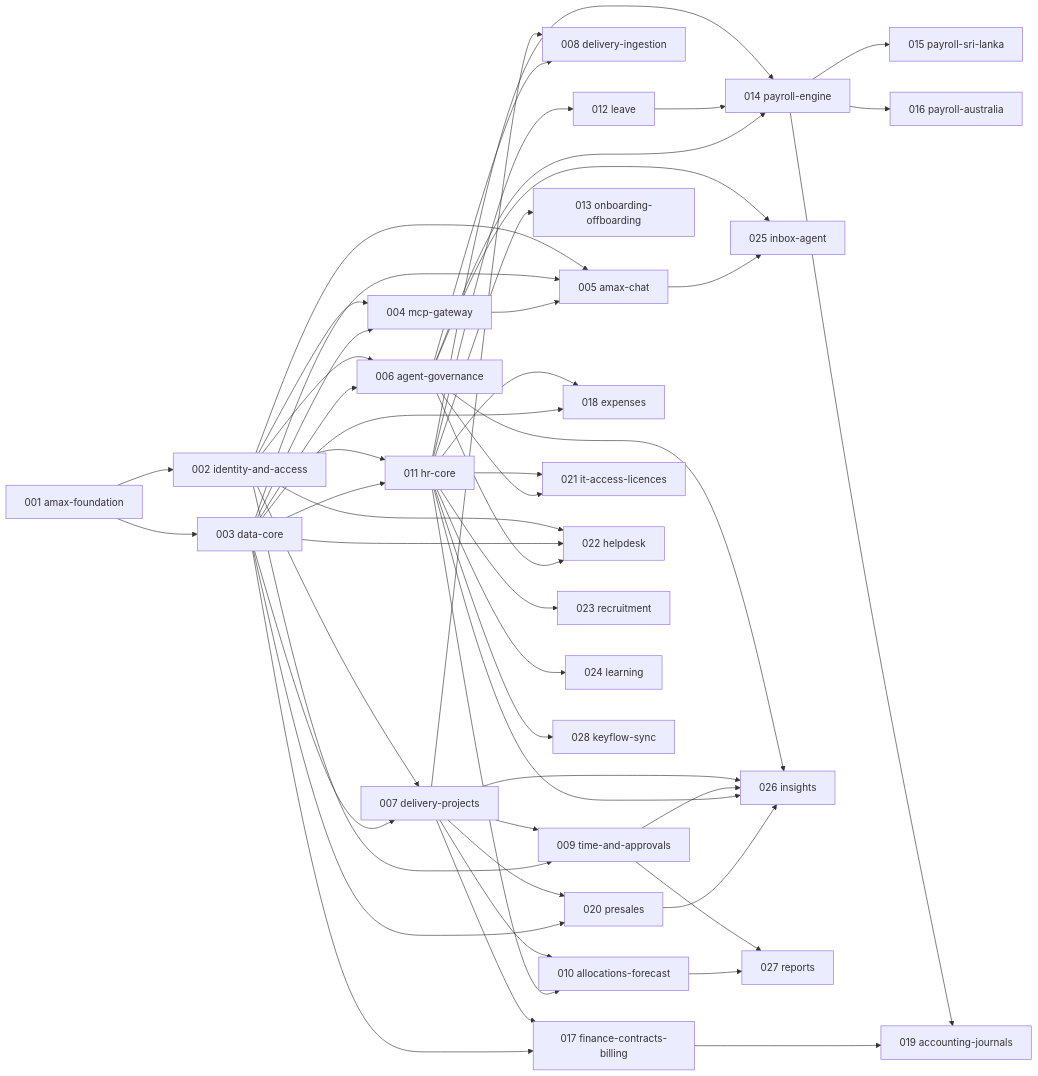
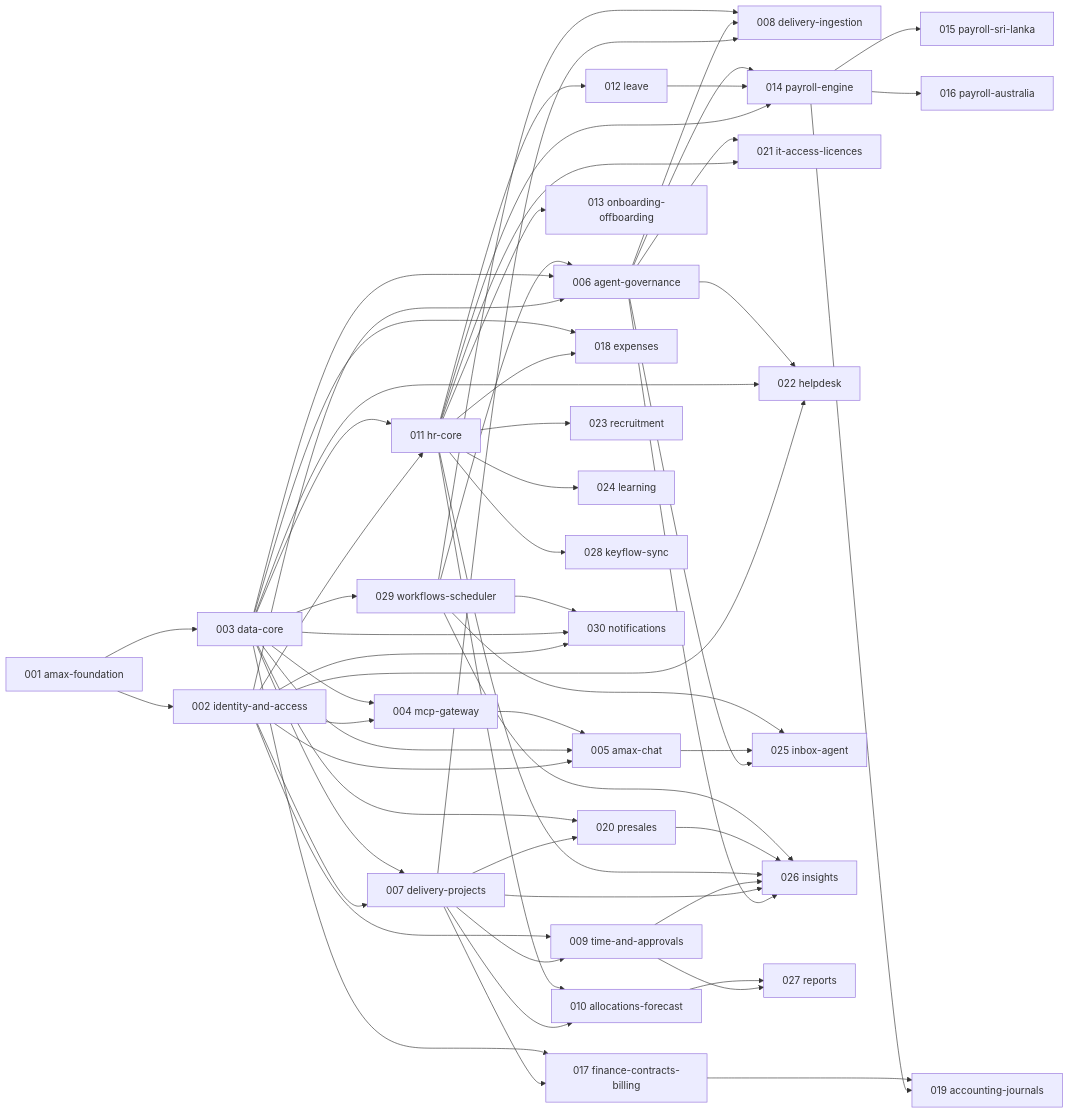
One commit to ahamedumar15/amax changed the diagram in docs/roadmap.md. Above: the diagram before and after it, drawn with Mermaid. The commit also changed other lines of this file and 10 other files, not shown here.

First line of the commit message:
specclaw: approve 001; propose 029 workflows/scheduler and 030 notifications

````diff
--- a/docs/roadmap.md
+++ b/docs/roadmap.md
@@ -128,6 +128,8 @@
   P026["026 insights"]
   P027["027 reports"]
   P028["028 keyflow-sync"]
+  P029["029 workflows-scheduler"]
+  P030["030 notifications"]
   P001 --> P002
   P001 --> P003
   P002 --> P004
@@ -137,10 +139,12 @@
   P004 --> P005
   P002 --> P006
   P003 --> P006
+  P029 --> P006
   P002 --> P007
   P003 --> P007
   P007 --> P008
   P006 --> P008
+  P029 --> P008
   P007 --> P009
   P002 --> P009
   P007 --> P010
@@ -171,12 +175,18 @@
   P011 --> P024
   P006 --> P025
   P005 --> P025
+  P029 --> P025
   P006 --> P026
   P007 --> P026
   P009 --> P026
   P011 --> P026
   P020 --> P026
+  P029 --> P026
   P009 --> P027
   P010 --> P027
   P011 --> P028
+  P003 --> P029
+  P002 --> P030
+  P003 --> P030
+  P029 --> P030
 ```
````
